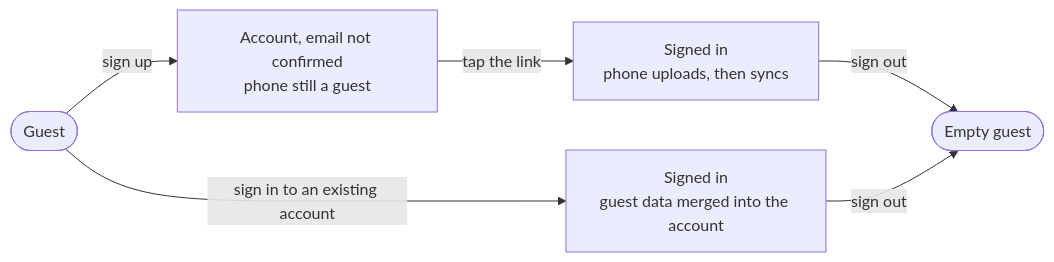
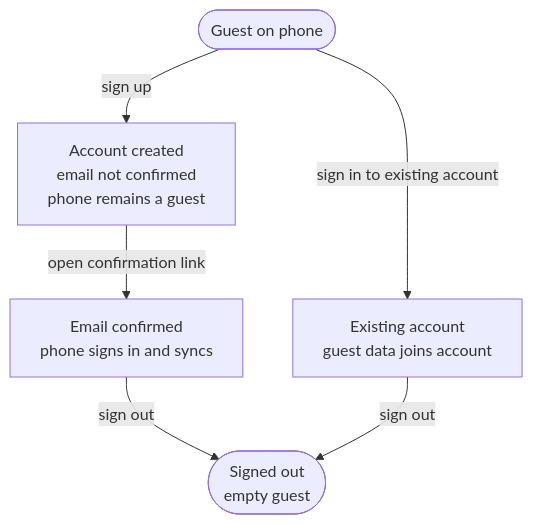
The fourth of 5 diagrams in docs/accounts.md (tkint/coach-poulpy), drawn with Mermaid before and after one commit. The commit also changed other lines of this file and 3 other files, not shown here.

Commit message:
docs: add vertical architecture and authentication diagrams

````diff
--- a/docs/accounts.md
+++ b/docs/accounts.md
@@ -17,8 +118,14 @@
 ```mermaid
-flowchart LR
-    guest(["Guest"]) -- "sign up" --> pending["Account, email not confirmed<br/>phone still a guest"]
-    pending -- "tap the link" --> synced["Signed in<br/>phone uploads, then syncs"]
-    guest -- "sign in to an existing account" --> merged["Signed in<br/>guest data merged into the account"]
-    synced -- "sign out" --> cleared(["Empty guest"])
-    merged -- "sign out" --> cleared
+flowchart TD
+    guest(["Guest on phone"])
+    pending["Account created<br/>email not confirmed<br/>phone remains a guest"]
+    signedUp["Email confirmed<br/>phone signs in and syncs"]
+    merged["Existing account<br/>guest data joins account"]
+    cleared(["Signed out<br/>empty guest"])
+
+    guest -->|sign up| pending
+    pending -->|open confirmation link| signedUp
+    guest -->|sign in to existing account| merged
+    signedUp -->|sign out| cleared
+    merged -->|sign out| cleared
 ```
````
